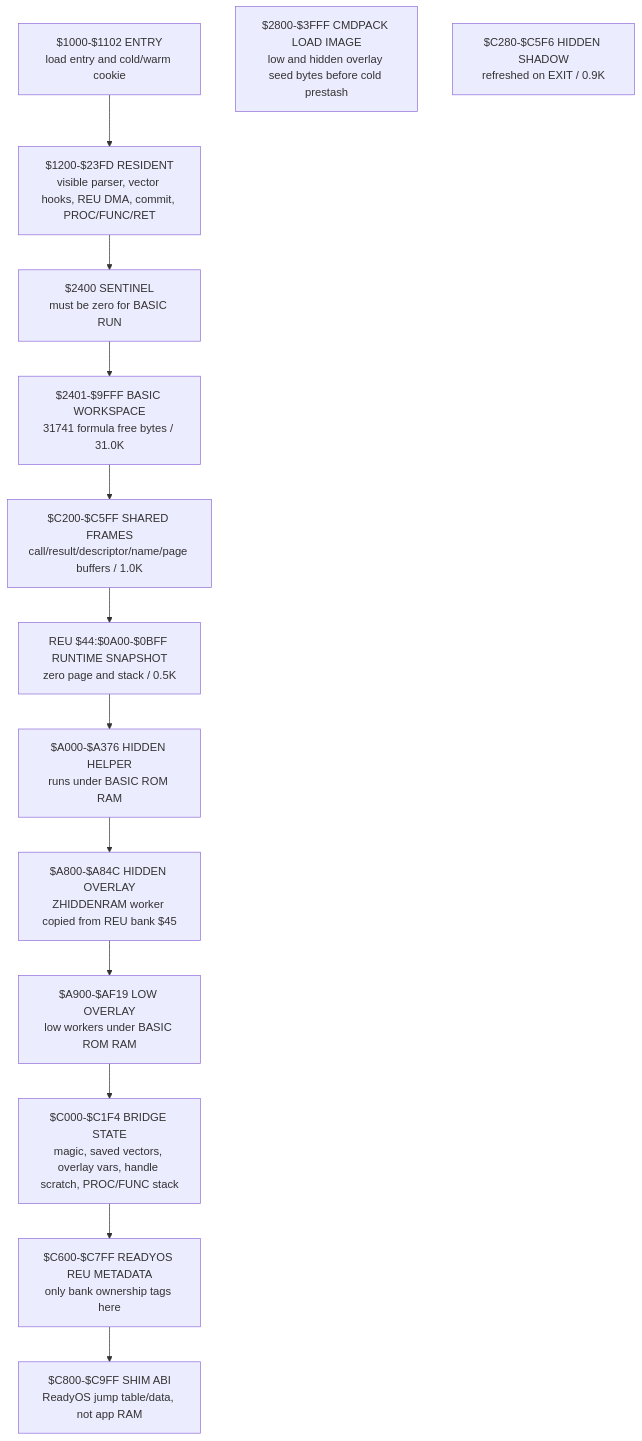
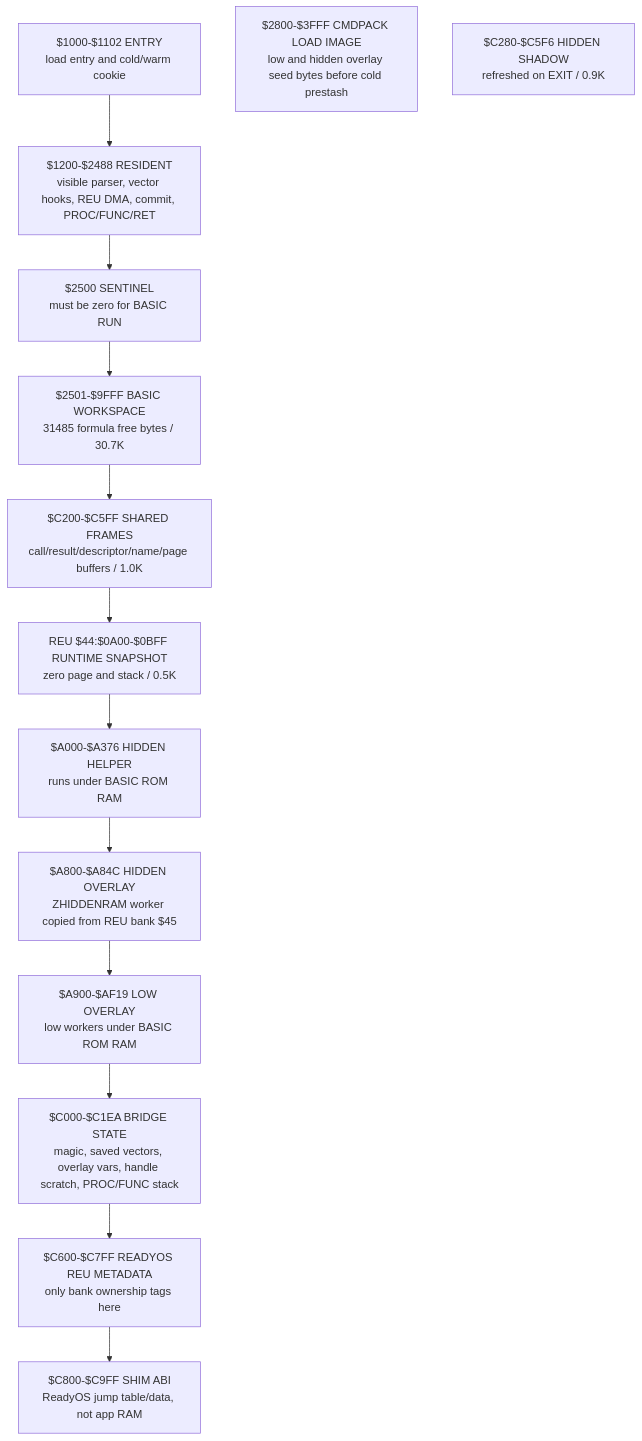
Before and after one commit to 123Onetwothree123/6502: the first of 8 diagrams in src/apps/readybasic/READYBASIC_LIFECYCLE_AND_REU_ARCHITECTURE.md, drawn with Mermaid. The commit also changed other lines of this file and 15 other files, not shown here.

````diff
--- a/src/apps/readybasic/READYBASIC_LIFECYCLE_AND_REU_ARCHITECTURE.md
+++ b/src/apps/readybasic/READYBASIC_LIFECYCLE_AND_REU_ARCHITECTURE.md
@@ -95,20 +95,20 @@
 ```mermaid
 flowchart TB
   A["$1000-$1102 ENTRY<br/>load entry and cold/warm cookie"]
-  B["$1200-$23FD RESIDENT<br/>visible parser, vector hooks, REU DMA, commit, PROC/FUNC/RET"]
-  C["$2400 SENTINEL<br/>must be zero for BASIC RUN"]
-  D["$2401-$9FFF BASIC WORKSPACE<br/>31741 formula free bytes / 31.0K"]
+  B["$1200-$2488 RESIDENT<br/>visible parser, vector hooks, REU DMA, commit, PROC/FUNC/RET"]
+  C["$2500 SENTINEL<br/>must be zero for BASIC RUN"]
+  D["$2501-$9FFF BASIC WORKSPACE<br/>31485 formula free bytes / 30.7K"]
   E["$2800-$3FFF CMDPACK LOAD IMAGE<br/>low and hidden overlay seed bytes before cold prestash"]
   F["REU $44:$0A00-$0BFF RUNTIME SNAPSHOT<br/>zero page and stack / 0.5K"]
   G["$C200-$C5FF SHARED FRAMES<br/>call/result/descriptor/name/page buffers / 1.0K"]
   I["$C280-$C5F6 HIDDEN SHADOW<br/>refreshed on EXIT / 0.9K"]
   J["$A000-$A376 HIDDEN HELPER<br/>runs under BASIC ROM RAM"]
   K["$A800-$A84C HIDDEN OVERLAY<br/>ZHIDDENRAM worker copied from REU bank $45"]
   O["$A900-$AF19 LOW OVERLAY<br/>low workers under BASIC ROM RAM"]
-  L["$C000-$C1F4 BRIDGE STATE<br/>magic, saved vectors, overlay vars, handle scratch, PROC/FUNC stack"]
+  L["$C000-$C1EA BRIDGE STATE<br/>magic, saved vectors, overlay vars, handle scratch, PROC/FUNC stack"]
   M["$C600-$C7FF READYOS REU METADATA<br/>only bank ownership tags here"]
   N["$C800-$C9FF SHIM ABI<br/>ReadyOS jump table/data, not app RAM"]
 
   A --> B --> C --> D --> G
   G --> F --> J --> K --> O --> L --> M --> N
 ```
````
